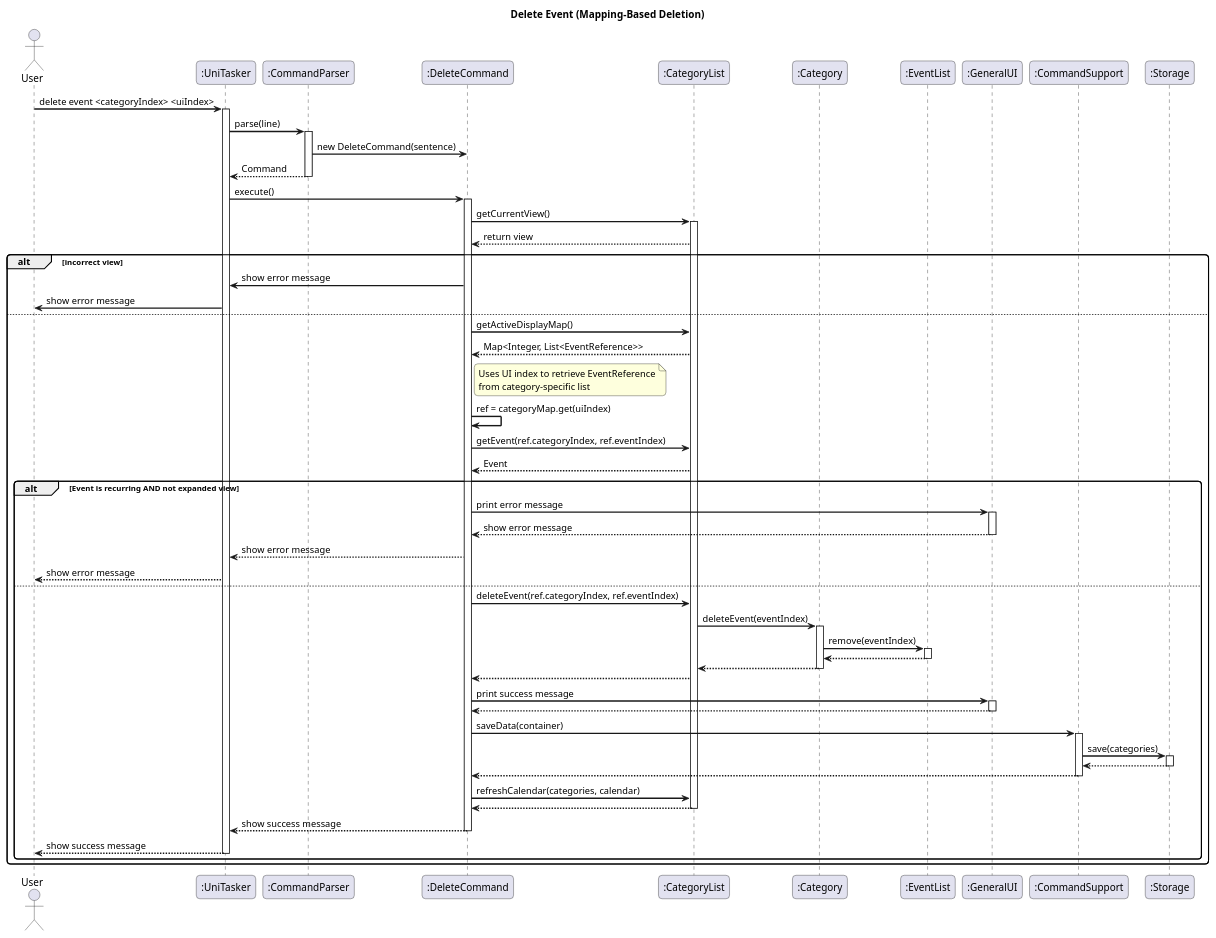
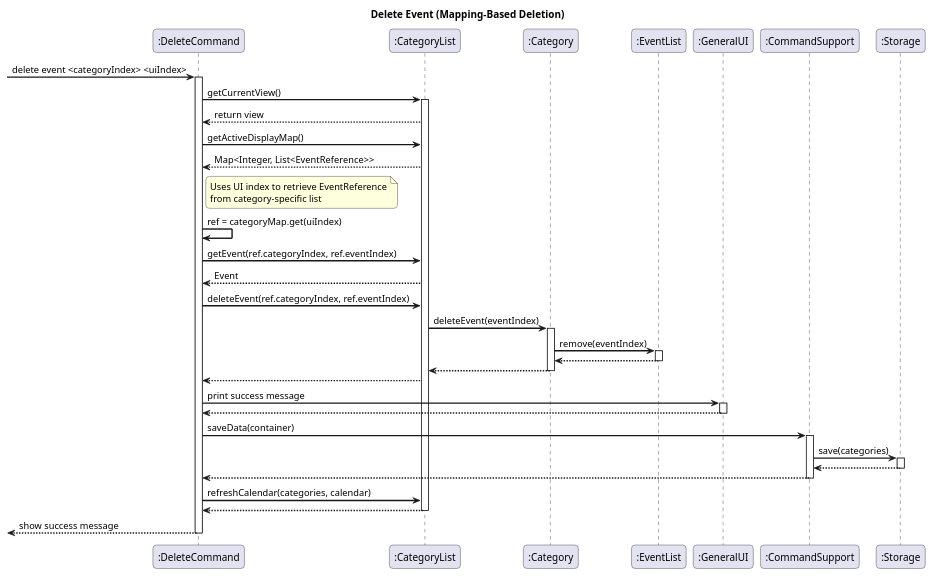
Before and after one commit to WenJunYu5984/tp: the diagram in docs/puml/DeleteEvent.puml, drawn with PlantUML. The commit also changed 7 other files, not shown here.

Commit message:
Simplify sequence diagrams

```diff
--- a/docs/puml/DeleteEvent.puml
+++ b/docs/puml/DeleteEvent.puml
@@ -1,92 +1,63 @@
 @startuml DeleteEvent
 
 skinparam sequenceArrowThickness 2
 skinparam roundcorner 10
 
 title Delete Event (Mapping-Based Deletion)
 
-actor User
-participant ":UniTasker" as UT
-participant ":CommandParser" as CP
 participant ":DeleteCommand" as DC
 participant ":CategoryList" as CL
 participant ":Category" as CAT
 participant ":EventList" as EL
 participant ":GeneralUI" as UI
 participant ":CommandSupport" as CS
 participant ":Storage" as STORE
 
-User -> UT : delete event <categoryIndex> <uiIndex>
-activate UT
-
-UT -> CP : parse(line)
-activate CP
-CP -> DC : new DeleteCommand(sentence)
-CP --> UT : Command
-deactivate CP
-
-UT -> DC : execute()
+-> DC : delete event <categoryIndex> <uiIndex>
 activate DC
 DC -> CL : getCurrentView()
 activate CL
 CL --> DC : return view
-alt incorrect view
-    DC -> UT: show error message
-    UT -> User: show error message
-else
     DC -> CL : getActiveDisplayMap()
     CL --> DC : Map<Integer, List<EventReference>>
 
     note right of DC
     Uses UI index to retrieve EventReference
     from category-specific list
     end note
 
     DC -> DC : ref = categoryMap.get(uiIndex)
 
     DC -> CL : getEvent(ref.categoryIndex, ref.eventIndex)
     CL --> DC : Event
 
-    alt Event is recurring AND not expanded view
-        DC -> UI : print error message
-        activate UI
-        UI --> DC : show error message
-        deactivate UI
-        DC --> UT : show error message
-        UT --> User: show error message
-    else
         DC -> CL : deleteEvent(ref.categoryIndex, ref.eventIndex)
         CL -> CAT : deleteEvent(eventIndex)
         activate CAT
         CAT -> EL : remove(eventIndex)
         activate EL
         EL --> CAT
         deactivate EL
         CAT --> CL
         deactivate CAT
         CL --> DC
 
         DC -> UI : print success message
         activate UI
         UI --> DC
         deactivate UI
         DC -> CS : saveData(container)
         activate CS
         CS -> STORE : save(categories)
         activate STORE
         STORE --> CS
         deactivate STORE
         CS --> DC
         deactivate CS
         DC -> CL : refreshCalendar(categories, calendar)
         CL --> DC
         deactivate CL
-        DC --> UT: show success message
+        DC -->[ : show success message
         deactivate DC
-        UT --> User : show success message
-        deactivate UT
-
-    end
-end
 
 @enduml
```
